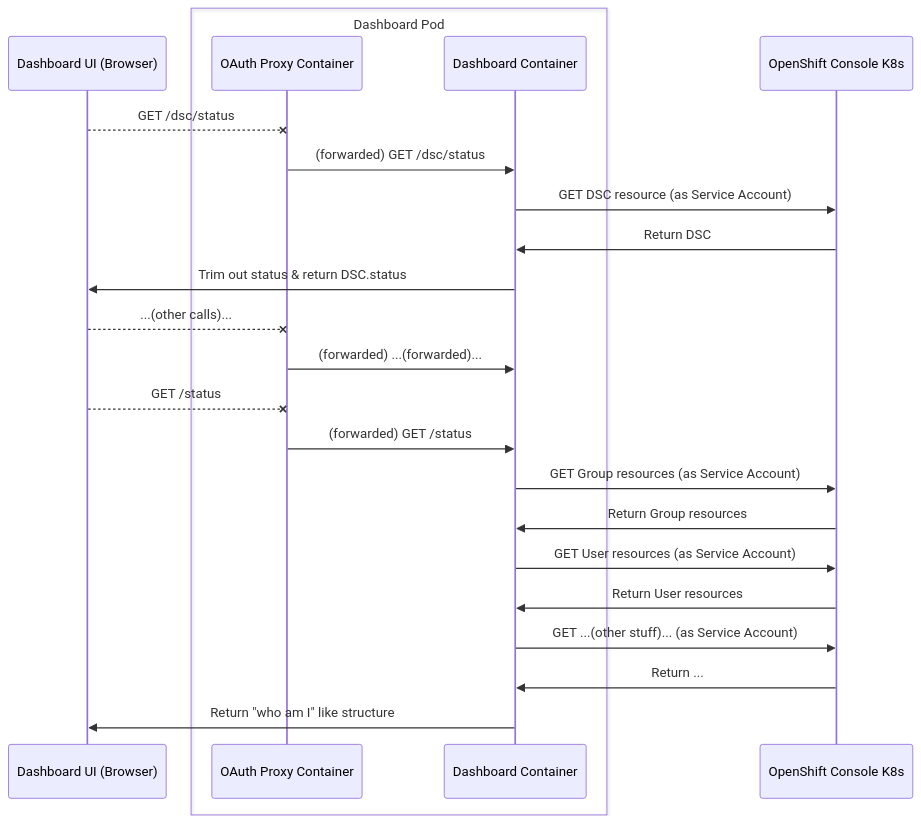
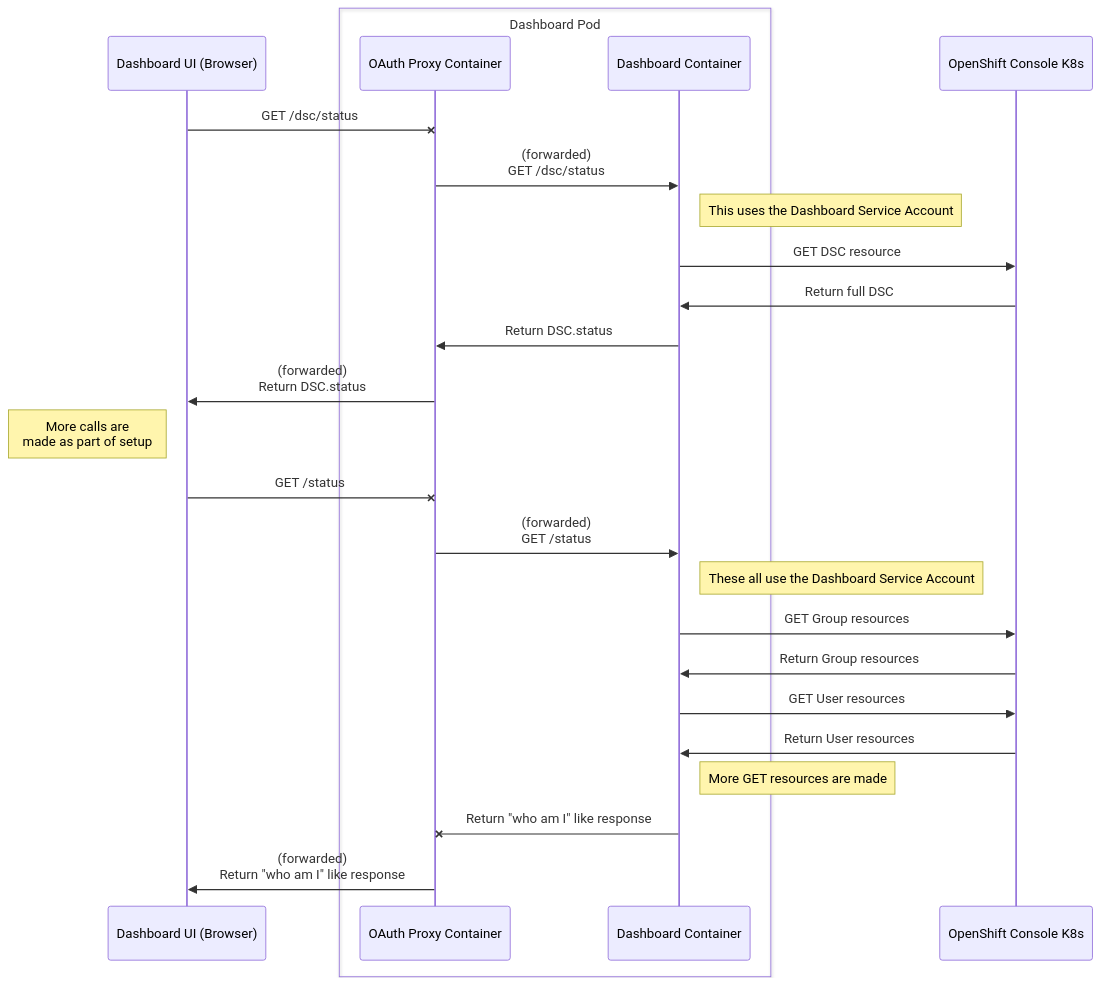
The second of 2 diagrams in documentation/components/dashboard/README.md (opendatahub-io/architecture-decision-records), drawn with Mermaid before and after one commit. The commit also changed other lines of this file, not shown here.

Commit message:
Update the sequence diagrams to represent OAuth better

````diff
--- a/documentation/components/dashboard/README.md
+++ b/documentation/components/dashboard/README.md
@@ -49,27 +50,29 @@
 ```mermaid
 sequenceDiagram
     participant DashboardUI as Dashboard UI (Browser)
     box Dashboard Pod
     participant OAuth as OAuth Proxy Container
     participant Dashboard as Dashboard Container
     end
     participant OpenShift as OpenShift Console K8s
 
     %% All requests go through the OAuth Proxy
-    DashboardUI--xOAuth: GET /dsc/status
-    OAuth->>Dashboard: (forwarded) GET /dsc/status
-    Dashboard->>OpenShift: GET DSC resource (as Service Account)
-    OpenShift->>Dashboard: Return DSC
-    Dashboard->>DashboardUI: Trim out status & return DSC.status
-    DashboardUI--xOAuth: ...(other calls)...
-    OAuth->>Dashboard: (forwarded) ...(forwarded)...
-    DashboardUI--xOAuth: GET /status
-    OAuth->>Dashboard: (forwarded) GET /status
-    Dashboard->>OpenShift: GET Group resources (as Service Account)
+    DashboardUI-xOAuth: GET /dsc/status
+    OAuth->>Dashboard: (forwarded)<br/>GET /dsc/status
+    Note right of Dashboard: This uses the Dashboard Service Account
+    Dashboard->>OpenShift: GET DSC resource
+    OpenShift->>Dashboard: Return full DSC
+    Dashboard->>OAuth: Return DSC.status
+    OAuth->>DashboardUI: (forwarded)<br/>Return DSC.status
+    Note left of DashboardUI: More calls are<br/>made as part of setup
+    DashboardUI-xOAuth: GET /status
+    OAuth->>Dashboard: (forwarded)<br/>GET /status
+    Note right of Dashboard: These all use the Dashboard Service Account
+    Dashboard->>OpenShift: GET Group resources
     OpenShift->>Dashboard: Return Group resources
-    Dashboard->>OpenShift: GET User resources (as Service Account)
+    Dashboard->>OpenShift: GET User resources
     OpenShift->>Dashboard: Return User resources
-    Dashboard->>OpenShift: GET ...(other stuff)... (as Service Account)
-    OpenShift->>Dashboard: Return ...
-    Dashboard->>DashboardUI: Return "who am I" like structure
+    Note right of Dashboard: More GET resources are made
+    Dashboard-xOAuth: Return "who am I" like response
+    OAuth->>DashboardUI: (forwarded)<br/>Return "who am I" like response
 ```
````
